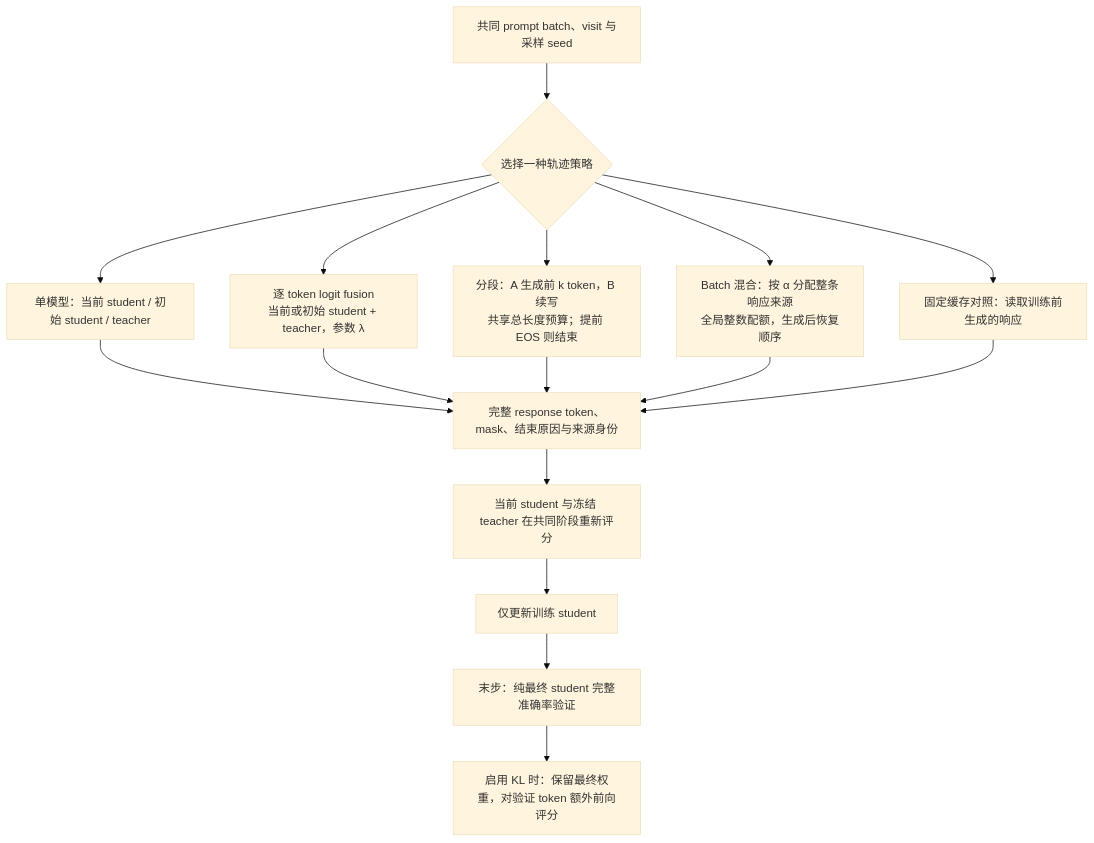
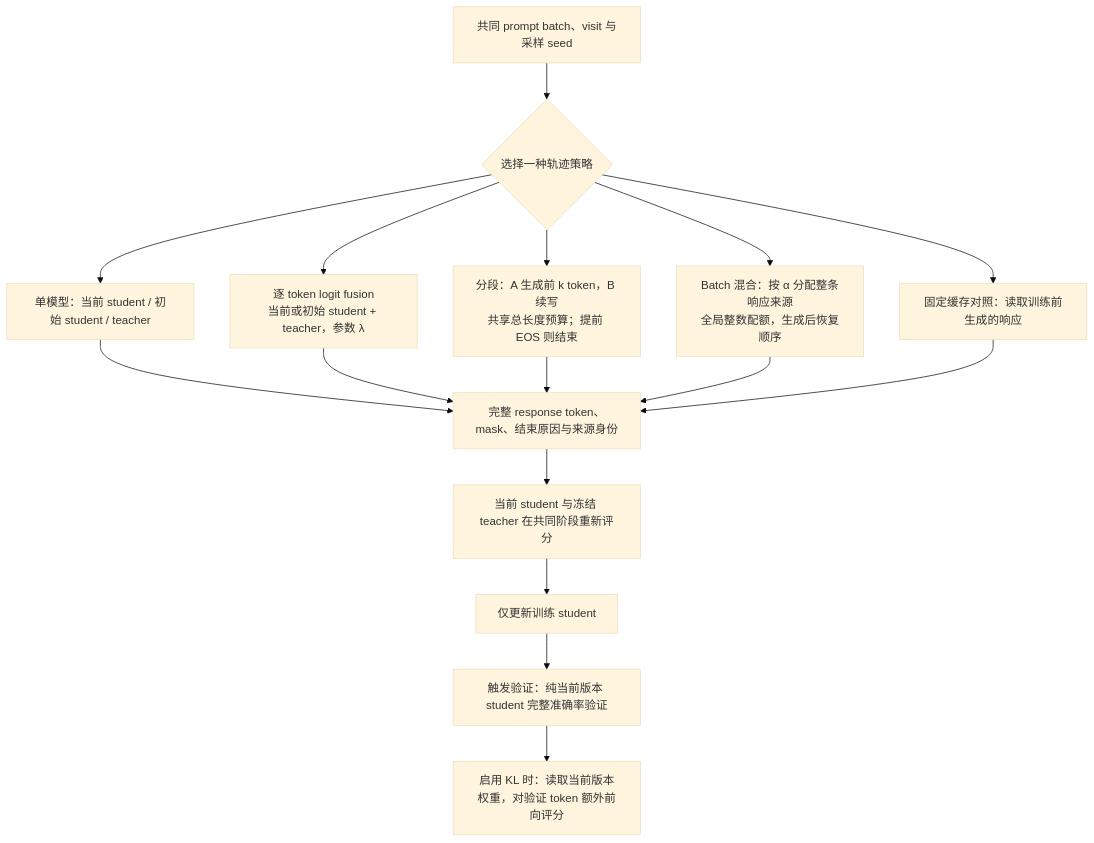
Before and after one commit to WncFht/OPD-State: the diagram in docs/experiment/2026-10-19-rollout来源与logit融合实验.md, drawn with Mermaid (base theme). The commit also changed other lines of this file and 7 other files, not shown here.

````diff
--- a/docs/experiment/2026-10-19-rollout来源与logit融合实验.md
+++ b/docs/experiment/2026-10-19-rollout来源与logit融合实验.md
@@ -59,18 +59,18 @@
 ```mermaid
 flowchart TD
     X["共同 prompt batch、visit 与采样 seed"] --> C{"选择一种轨迹策略"}
     C --> S["单模型：当前 student / 初始 student / teacher"]
     C --> F["逐 token logit fusion<br/>当前或初始 student + teacher，参数 λ"]
     C --> W["分段：A 生成前 k token，B 续写<br/>共享总长度预算；提前 EOS 则结束"]
     C --> B["Batch 混合：按 α 分配整条响应来源<br/>全局整数配额，生成后恢复顺序"]
     C --> R["固定缓存对照：读取训练前生成的响应"]
     S --> T["完整 response token、mask、结束原因与来源身份"]
     F --> T
     W --> T
     B --> T
     R --> T
     T --> P["当前 student 与冻结 teacher 在共同阶段重新评分"]
     P --> U["仅更新训练 student"]
-    U --> E["末步：纯最终 student 完整准确率验证"]
-    E --> K["启用 KL 时：保留最终权重，对验证 token 额外前向评分"]
+    U --> E["触发验证：纯当前版本 student 完整准确率验证"]
+    E --> K["启用 KL 时：读取当前版本权重，对验证 token 额外前向评分"]
 ```
````
